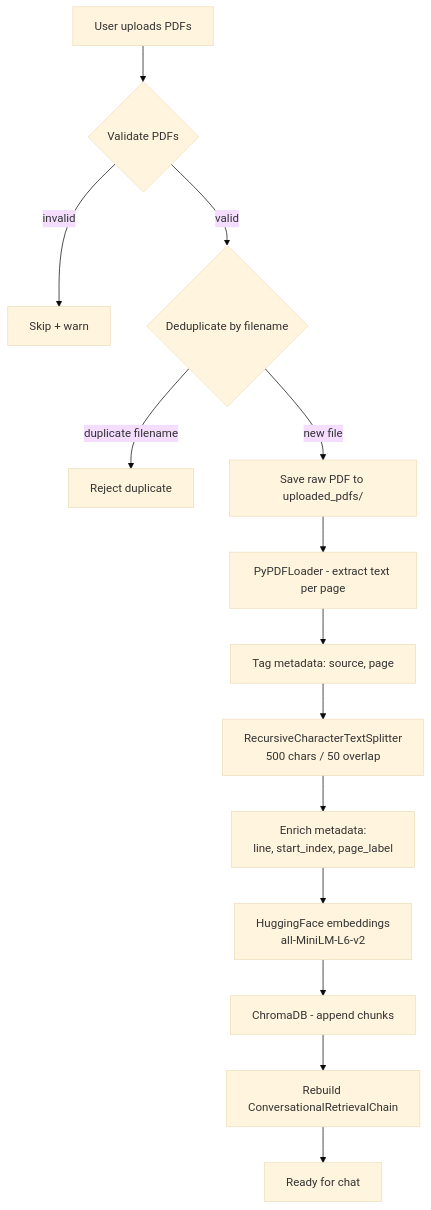
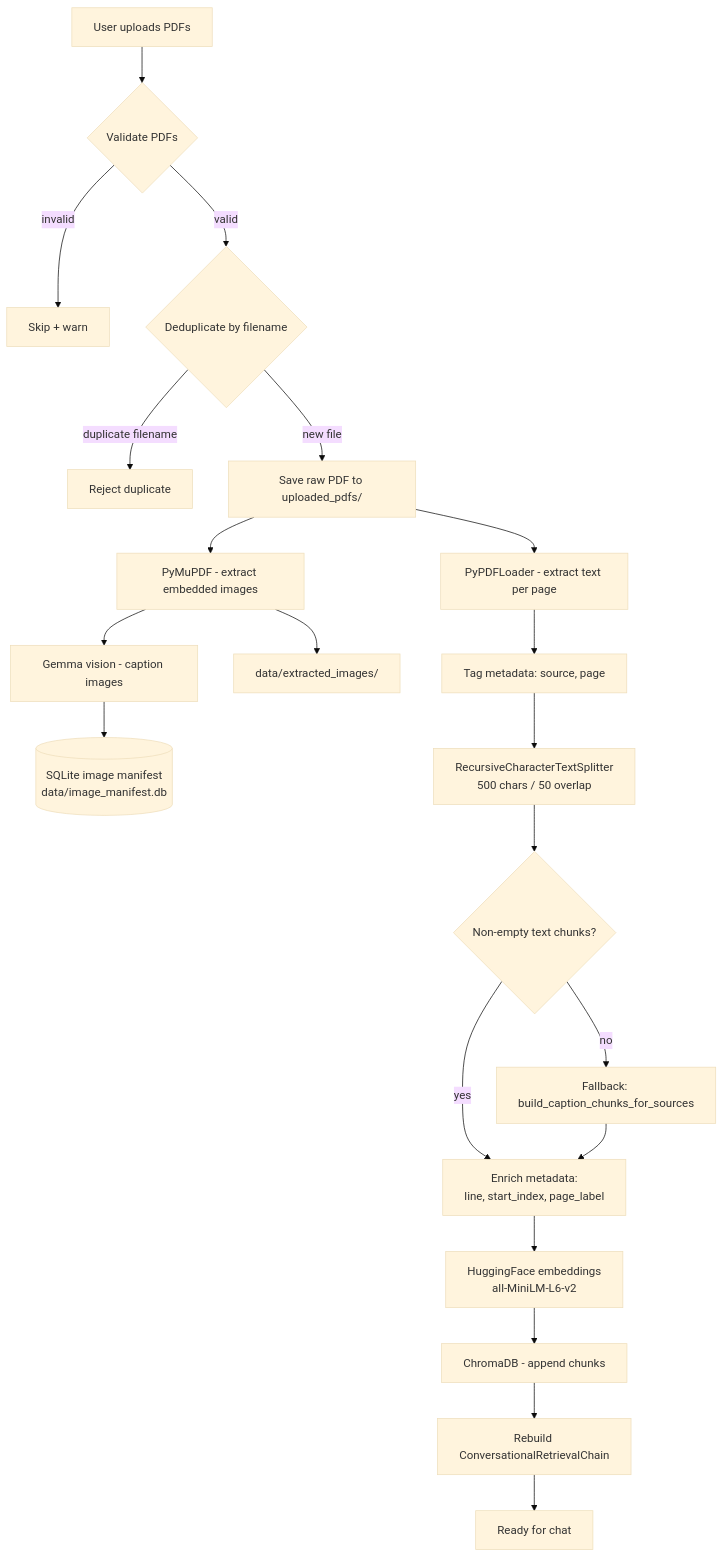
Before and after one commit to Rutujadb/Multi-PDF-ChatBot: the second of 3 diagrams in docs/DESIGN.md, drawn with Mermaid (base theme). The commit also changed other lines of this file and 3 other files, not shown here.

````diff
--- a/docs/DESIGN.md
+++ b/docs/DESIGN.md
@@ -109,16 +122,23 @@
 ```mermaid
 flowchart TB
     A[User uploads PDFs] --> B{Validate PDFs}
     B -->|invalid| X[Skip + warn]
     B -->|valid| C{Deduplicate by filename}
     C -->|duplicate filename| Y[Reject duplicate]
     C -->|new file| D[Save raw PDF to uploaded_pdfs/]
+    D --> IMG[PyMuPDF - extract embedded images]
+    IMG --> CAP[Gemma vision - caption images]
+    CAP --> MAN[(SQLite image manifest\ndata/image_manifest.db)]
+    IMG --> DISK[data/extracted_images/]
     D --> E[PyPDFLoader - extract text per page]
     E --> F[Tag metadata: source, page]
     F --> G[RecursiveCharacterTextSplitter\n500 chars / 50 overlap]
-    G --> H[Enrich metadata:\nline, start_index, page_label]
+    G --> G2{Non-empty text chunks?}
+    G2 -->|no| FB[Fallback: build_caption_chunks_for_sources]
+    G2 -->|yes| H[Enrich metadata:\nline, start_index, page_label]
+    FB --> H
     H --> I[HuggingFace embeddings\nall-MiniLM-L6-v2]
     I --> J[ChromaDB - append chunks]
     J --> K[Rebuild ConversationalRetrievalChain]
     K --> L[Ready for chat]
 ```
````
